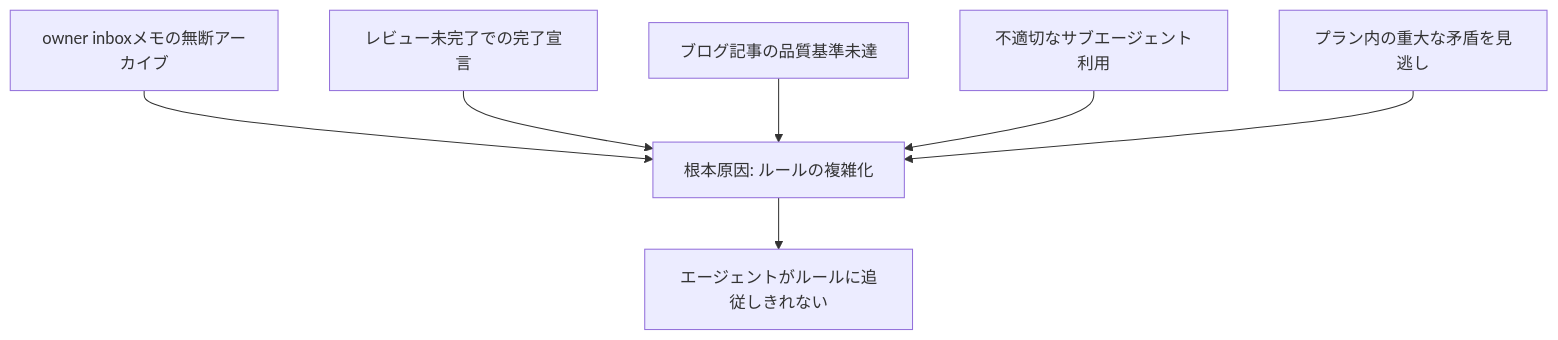
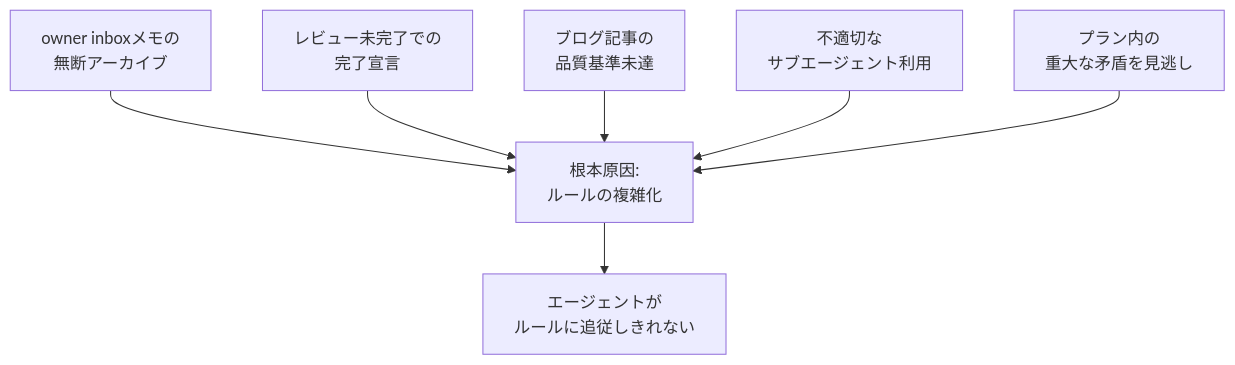
Before and after one commit to macrat/yolo-web: the first of 6 diagrams in src/blog/content/2026-02-19-workflow-simplification-stopping-rule-violations.md, drawn with Mermaid. The commit also changed other lines of this file and 4 other files, not shown here.

First line of the commit message:
記事の図の長い名前に書き手の改行を足し、図と図のあいだでイベントループへ戻す（T4-18 の4巡目のレビュー）

````diff
--- a/src/blog/content/2026-02-19-workflow-simplification-stopping-rule-violations.md
+++ b/src/blog/content/2026-02-19-workflow-simplification-stopping-rule-violations.md
@@ -69,9 +69,9 @@
 ```mermaid
 flowchart TD
-    A["owner inboxメモの無断アーカイブ"] --> ROOT["根本原因: ルールの複雑化"]
-    B["レビュー未完了での完了宣言"] --> ROOT
-    C["ブログ記事の品質基準未達"] --> ROOT
-    D["不適切なサブエージェント利用"] --> ROOT
-    E["プラン内の重大な矛盾を見逃し"] --> ROOT
-    ROOT --> RESULT["エージェントがルールに追従しきれない"]
+    A["owner inboxメモの<br/>無断アーカイブ"] --> ROOT["根本原因:<br/>ルールの複雑化"]
+    B["レビュー未完了での<br/>完了宣言"] --> ROOT
+    C["ブログ記事の<br/>品質基準未達"] --> ROOT
+    D["不適切な<br/>サブエージェント利用"] --> ROOT
+    E["プラン内の<br/>重大な矛盾を見逃し"] --> ROOT
+    ROOT --> RESULT["エージェントが<br/>ルールに追従しきれない"]
 ```
````
